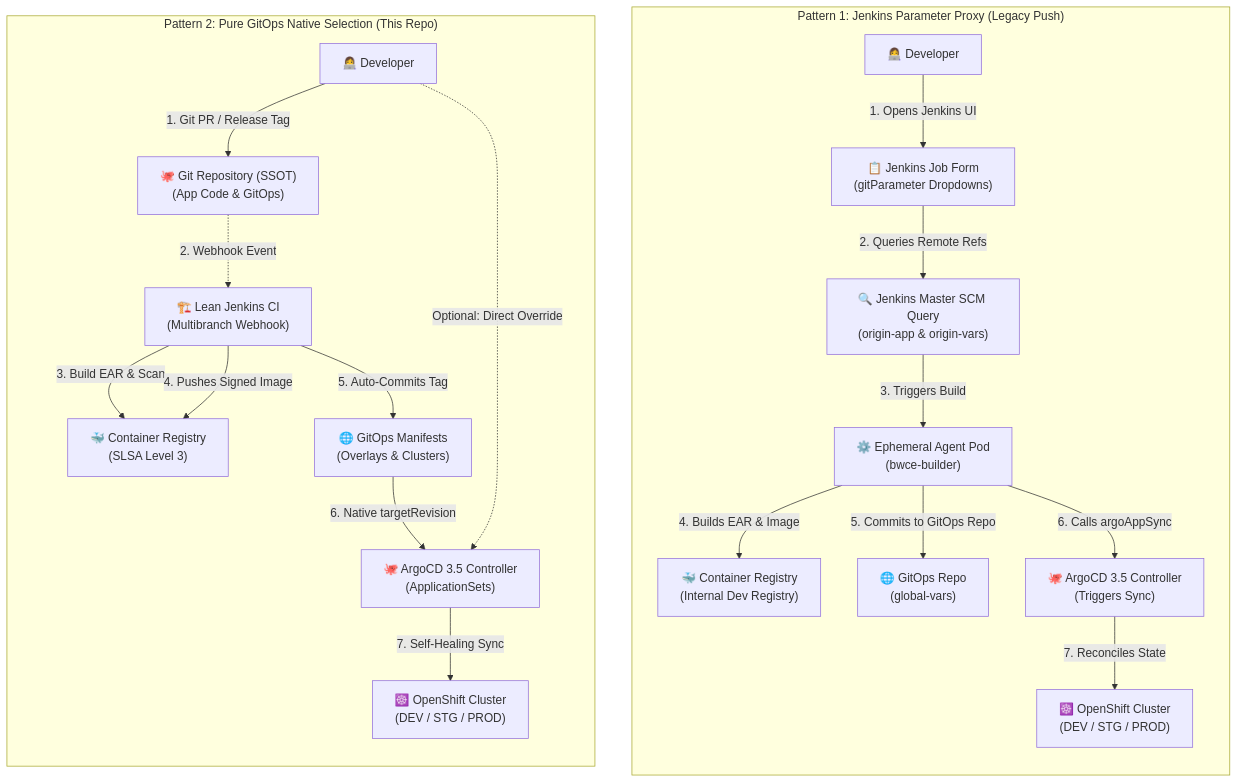
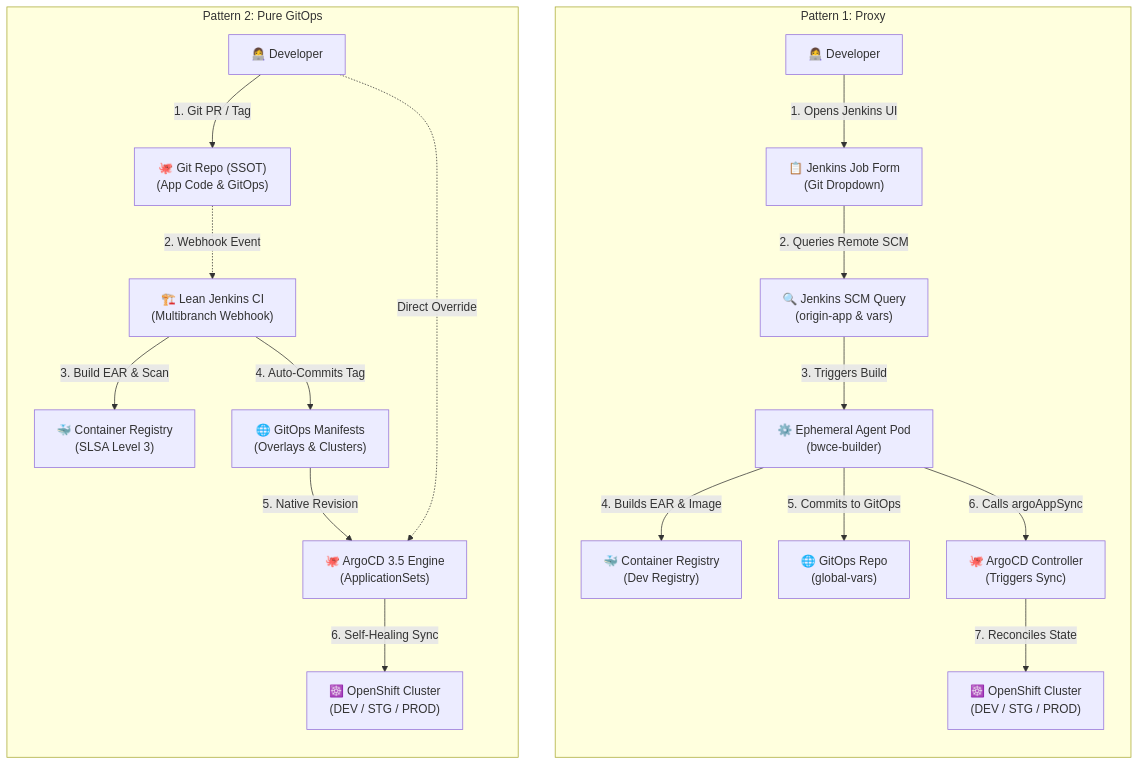
One commit to nubenetes/jenkins-without-git-parameter-bwce changed the fifth of 15 diagrams in README.md. Above: the diagram before and after it, drawn with Mermaid. The commit also changed other lines of this file, not shown here.

Commit message:
fix(mermaid): enforce hard 20-char line limit on all diagram nodes to permanently prevent text clipping on GitHub

````diff
--- a/README.md
+++ b/README.md
@@ -484,27 +484,26 @@
 ```mermaid
 flowchart TB
-    subgraph Pattern1["Pattern 1: Jenkins Parameter Proxy (Legacy Push)"]
+    subgraph Pattern1["Pattern 1: Proxy"]
         direction TB
-        Dev1["👩‍💻 Developer"] -->|"1. Opens Jenkins UI"| JenkinsUI["📋 Jenkins Job Form<br/>(gitParameter Dropdowns)"]
-        JenkinsUI -->|"2. Queries Remote Refs"| SCMQuery["🔍 Jenkins Master SCM Query<br/>(origin-app & origin-vars)"]
+        Dev1["👩‍💻 Developer"] -->|"1. Opens Jenkins UI"| JenkinsUI["📋 Jenkins Job Form<br/>(Git Dropdown)"]
+        JenkinsUI -->|"2. Queries Remote SCM"| SCMQuery["🔍 Jenkins SCM Query<br/>(origin-app & vars)"]
         SCMQuery -->|"3. Triggers Build"| JenkinsAgent1["⚙️ Ephemeral Agent Pod<br/>(bwce-builder)"]
-        JenkinsAgent1 -->|"4. Builds EAR & Image"| Reg1["🐳 Container Registry<br/>(Internal Dev Registry)"]
-        JenkinsAgent1 -->|"5. Commits to GitOps Repo"| GitOps1["🌐 GitOps Repo<br/>(global-vars)"]
-        JenkinsAgent1 -->|"6. Calls argoAppSync"| Argo1["🐙 ArgoCD 3.5 Controller<br/>(Triggers Sync)"]
+        JenkinsAgent1 -->|"4. Builds EAR & Image"| Reg1["🐳 Container Registry<br/>(Dev Registry)"]
+        JenkinsAgent1 -->|"5. Commits to GitOps"| GitOps1["🌐 GitOps Repo<br/>(global-vars)"]
+        JenkinsAgent1 -->|"6. Calls argoAppSync"| Argo1["🐙 ArgoCD Controller<br/>(Triggers Sync)"]
         Argo1 -->|"7. Reconciles State"| Cluster1["☸️ OpenShift Cluster<br/>(DEV / STG / PROD)"]
     end
 
-    subgraph Pattern2["Pattern 2: Pure GitOps Native Selection (This Repo)"]
+    subgraph Pattern2["Pattern 2: Pure GitOps"]
         direction TB
-        Dev2["👩‍💻 Developer"] -->|"1. Git PR / Release Tag"| Git2["🐙 Git Repository (SSOT)<br/>(App Code & GitOps)"]
+        Dev2["👩‍💻 Developer"] -->|"1. Git PR / Tag"| Git2["🐙 Git Repo (SSOT)<br/>(App Code & GitOps)"]
         Git2 -.->|"2. Webhook Event"| JenkinsCI["🏗️ Lean Jenkins CI<br/>(Multibranch Webhook)"]
-        JenkinsCI -->|"3. Build EAR & Scan"| Reg2
-        JenkinsCI -->|"4. Pushes Signed Image"| Reg2["🐳 Container Registry<br/>(SLSA Level 3)"]
-        JenkinsCI -->|"5. Auto-Commits Tag"| GitOps2["🌐 GitOps Manifests<br/>(Overlays & Clusters)"]
+        JenkinsCI -->|"3. Build EAR & Scan"| Reg2["🐳 Container Registry<br/>(SLSA Level 3)"]
+        JenkinsCI -->|"4. Auto-Commits Tag"| GitOps2["🌐 GitOps Manifests<br/>(Overlays & Clusters)"]
         
-        GitOps2 -->|"6. Native targetRevision"| Argo2["🐙 ArgoCD 3.5 Controller<br/>(ApplicationSets)"]
-        Argo2 -->|"7. Self-Healing Sync"| Cluster2["☸️ OpenShift Cluster<br/>(DEV / STG / PROD)"]
+        GitOps2 -->|"5. Native Revision"| Argo2["🐙 ArgoCD 3.5 Engine<br/>(ApplicationSets)"]
+        Argo2 -->|"6. Self-Healing Sync"| Cluster2["☸️ OpenShift Cluster<br/>(DEV / STG / PROD)"]
         
-        Dev2 -.->|"Optional: Direct Override"| Argo2
+        Dev2 -.->|"Direct Override"| Argo2
     end
 ```
````
